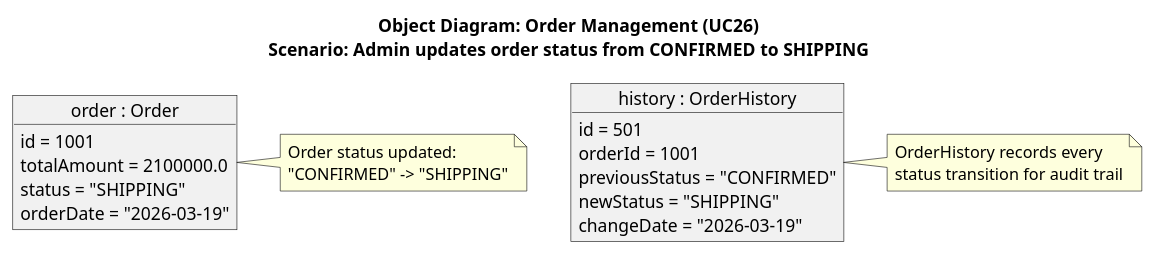
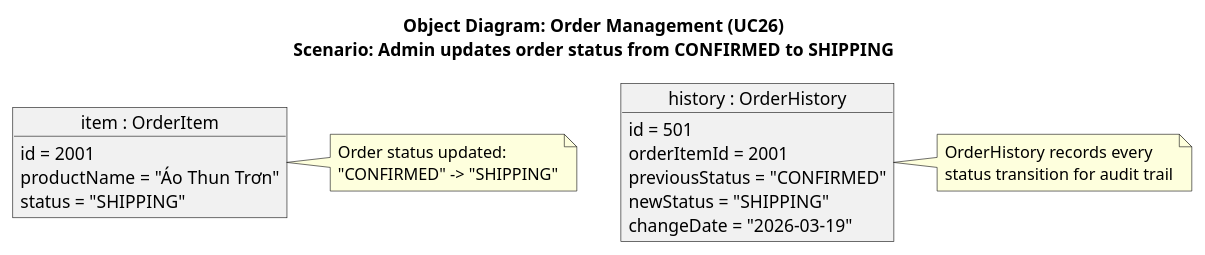
Before and after one commit to Peterdir/fashion-store-system: the diagram in src/main/java/org/example/fashionstoresystem/uml/Object/OD26_OrderManagement.puml, drawn with PlantUML. The commit also changed 13 other files, not shown here.

Commit message:
Update DTO and UML

```diff
--- a/src/main/java/org/example/fashionstoresystem/uml/Object/OD26_OrderManagement.puml
+++ b/src/main/java/org/example/fashionstoresystem/uml/Object/OD26_OrderManagement.puml
@@ -1,31 +1,30 @@
 @startuml
 title Object Diagram: Order Management (UC26)\nScenario: Admin updates order status from CONFIRMED to SHIPPING
 
-' Entity - Order after status update
-object "order : Order" as order {
-    id = 1001
-    totalAmount = 2100000.0
+' Entity - OrderItem after status update
+object "item : OrderItem" as item {
+    id = 2001
+    productName = "Áo Thun Trơn"
     status = "SHIPPING"
-    orderDate = "2026-03-19"
 }
 
 ' Entity - History record created
 object "history : OrderHistory" as history {
     id = 501
-    orderId = 1001
+    orderItemId = 2001
     previousStatus = "CONFIRMED"
     newStatus = "SHIPPING"
     changeDate = "2026-03-19"
 }
 
-note right of order
+note right of item
     Order status updated:
     "CONFIRMED" -> "SHIPPING"
 end note
 
 note right of history
     OrderHistory records every
     status transition for audit trail
 end note
 
 @enduml
```
